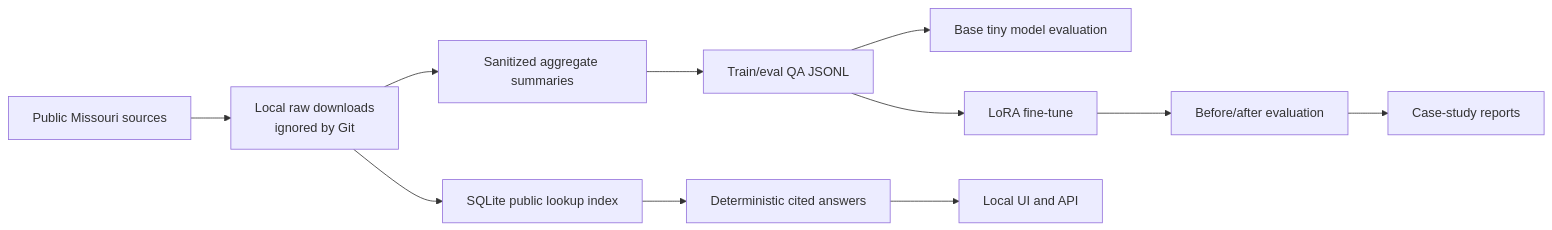
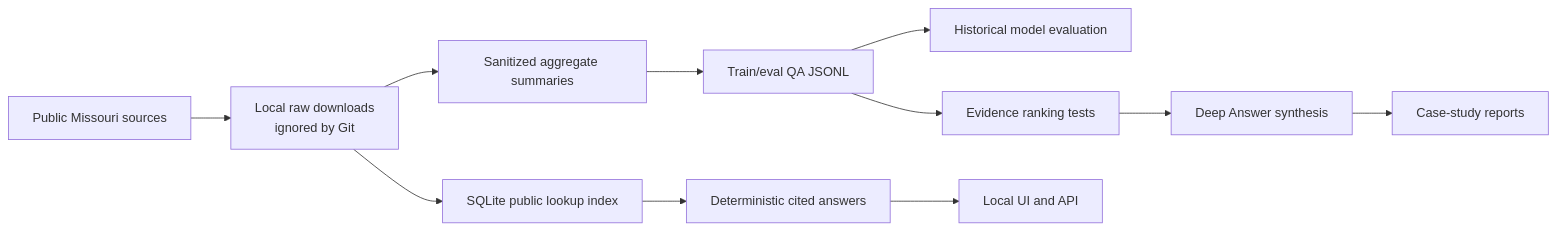
The diagram in README.md (Stroudmj00/missouri-public-data-ai-assistant), drawn with Mermaid before and after one commit. The commit also changed other lines of this file and 215 other files, not shown here.

````diff
--- a/README.md
+++ b/README.md
@@ -386,13 +422,13 @@
 ```mermaid
 flowchart LR
   A["Public Missouri sources"] --> B["Local raw downloads<br/>ignored by Git"]
   B --> C["Sanitized aggregate summaries"]
   B --> D["SQLite public lookup index"]
   C --> E["Train/eval QA JSONL"]
-  E --> F["Base tiny model evaluation"]
-  E --> G["LoRA fine-tune"]
-  G --> H["Before/after evaluation"]
+  E --> F["Historical model evaluation"]
+  E --> G["Evidence ranking tests"]
+  G --> H["Deep Answer synthesis"]
   D --> I["Deterministic cited answers"]
   H --> J["Case-study reports"]
   I --> K["Local UI and API"]
 ```
````
